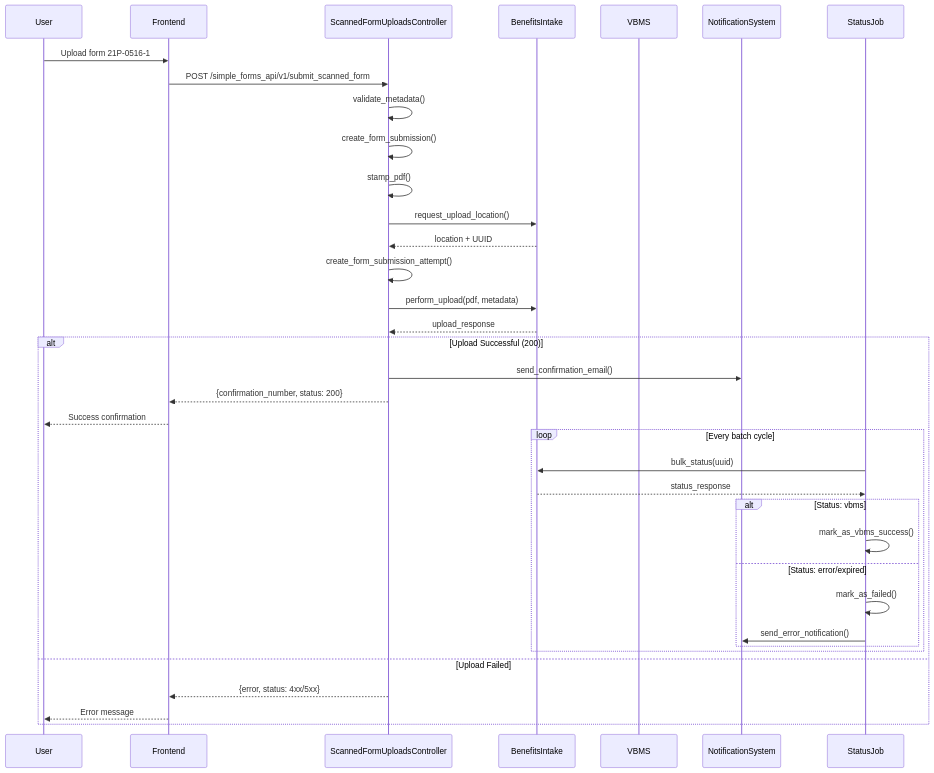
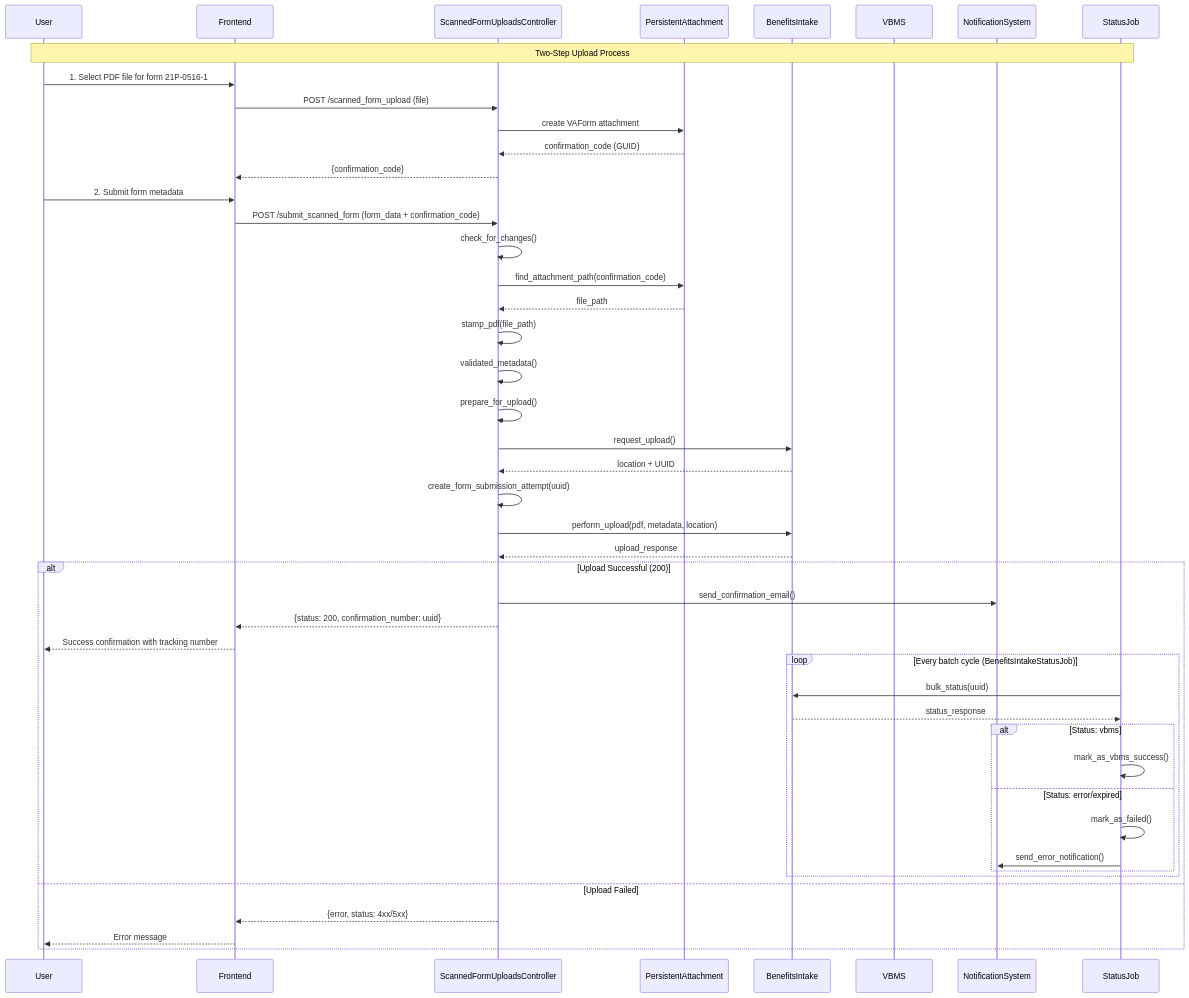
One commit to agilesix/VA-forms-research changed the second of 3 diagrams in docs/forms/21P-0516-1_implementation.md. Above: the diagram before and after it, drawn with Mermaid. The commit also changed other lines of this file, not shown here.

````diff
--- a/docs/forms/21P-0516-1_implementation.md
+++ b/docs/forms/21P-0516-1_implementation.md
@@ -134,43 +149,56 @@
 ```mermaid
 sequenceDiagram
     participant User
     participant Frontend
     participant ScannedFormUploadsController
+    participant PersistentAttachment
     participant BenefitsIntake
     participant VBMS
     participant NotificationSystem
     participant StatusJob
 
-    User->>Frontend: Upload form 21P-0516-1
-    Frontend->>ScannedFormUploadsController: POST /simple_forms_api/v1/submit_scanned_form
+    Note over User,StatusJob: Two-Step Upload Process
     
-    ScannedFormUploadsController->>ScannedFormUploadsController: validate_metadata()
-    ScannedFormUploadsController->>ScannedFormUploadsController: create_form_submission()
-    ScannedFormUploadsController->>ScannedFormUploadsController: stamp_pdf()
-    ScannedFormUploadsController->>BenefitsIntake: request_upload_location()
+    User->>Frontend: 1. Select PDF file for form 21P-0516-1
+    Frontend->>ScannedFormUploadsController: POST /scanned_form_upload (file)
+    ScannedFormUploadsController->>PersistentAttachment: create VAForm attachment
+    PersistentAttachment-->>ScannedFormUploadsController: confirmation_code (GUID)
+    ScannedFormUploadsController-->>Frontend: {confirmation_code}
+    
+    User->>Frontend: 2. Submit form metadata
+    Frontend->>ScannedFormUploadsController: POST /submit_scanned_form (form_data + confirmation_code)
+    
+    ScannedFormUploadsController->>ScannedFormUploadsController: check_for_changes()
+    ScannedFormUploadsController->>PersistentAttachment: find_attachment_path(confirmation_code)
+    PersistentAttachment-->>ScannedFormUploadsController: file_path
+    
+    ScannedFormUploadsController->>ScannedFormUploadsController: stamp_pdf(file_path)
+    ScannedFormUploadsController->>ScannedFormUploadsController: validated_metadata()
+    ScannedFormUploadsController->>ScannedFormUploadsController: prepare_for_upload()
+    ScannedFormUploadsController->>BenefitsIntake: request_upload()
     BenefitsIntake-->>ScannedFormUploadsController: location + UUID
     
-    ScannedFormUploadsController->>ScannedFormUploadsController: create_form_submission_attempt()
-    ScannedFormUploadsController->>BenefitsIntake: perform_upload(pdf, metadata)
+    ScannedFormUploadsController->>ScannedFormUploadsController: create_form_submission_attempt(uuid)
+    ScannedFormUploadsController->>BenefitsIntake: perform_upload(pdf, metadata, location)
     BenefitsIntake-->>ScannedFormUploadsController: upload_response
     
     alt Upload Successful (200)
         ScannedFormUploadsController->>NotificationSystem: send_confirmation_email()
-        ScannedFormUploadsController-->>Frontend: {confirmation_number, status: 200}
-        Frontend-->>User: Success confirmation
+        ScannedFormUploadsController-->>Frontend: {status: 200, confirmation_number: uuid}
+        Frontend-->>User: Success confirmation with tracking number
         
-        loop Every batch cycle
+        loop Every batch cycle (BenefitsIntakeStatusJob)
             StatusJob->>BenefitsIntake: bulk_status(uuid)
             BenefitsIntake-->>StatusJob: status_response
             alt Status: vbms
                 StatusJob->>StatusJob: mark_as_vbms_success()
             else Status: error/expired
                 StatusJob->>StatusJob: mark_as_failed()
                 StatusJob->>NotificationSystem: send_error_notification()
             end
         end
     else Upload Failed
         ScannedFormUploadsController-->>Frontend: {error, status: 4xx/5xx}
         Frontend-->>User: Error message
     end
 ```
````
